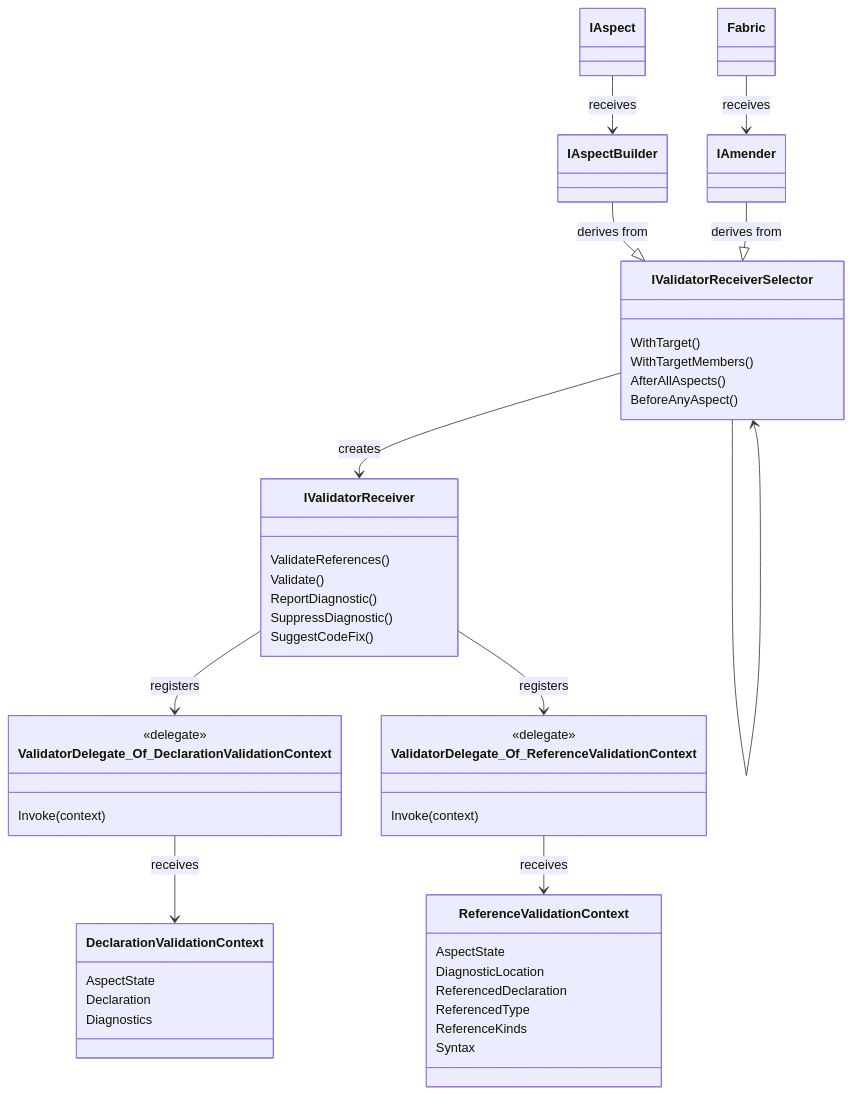
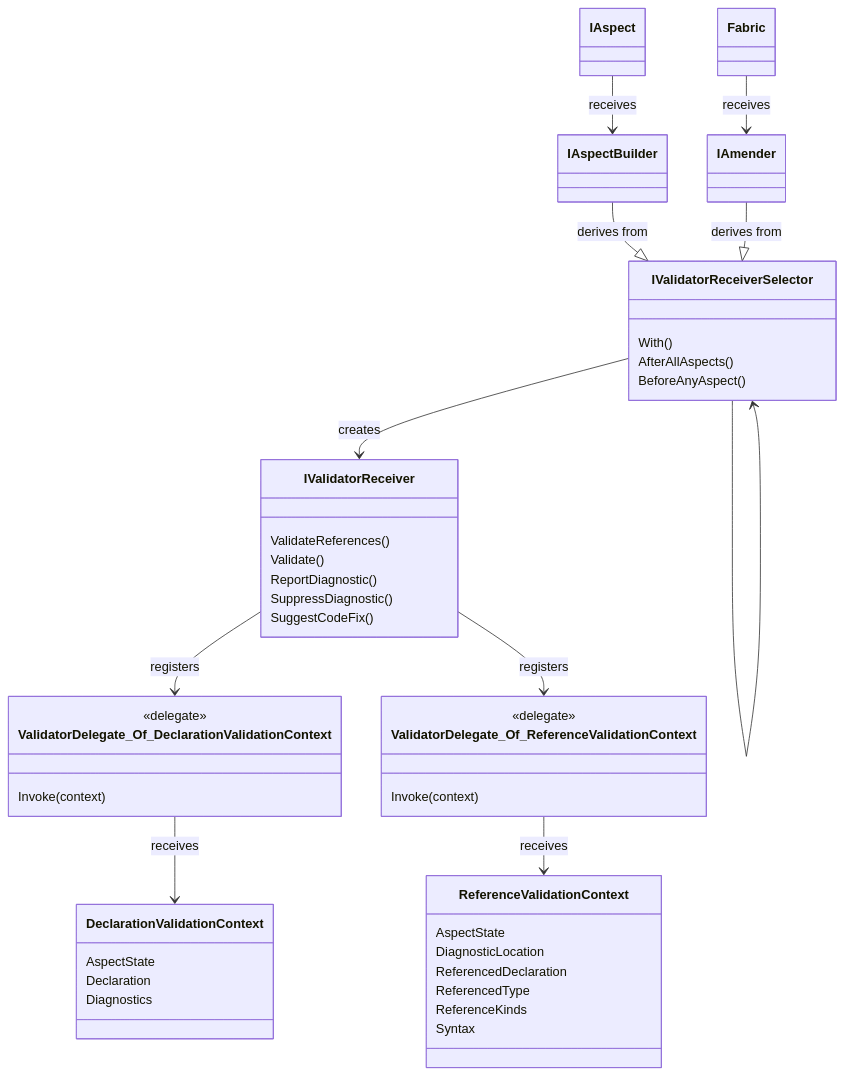
One commit to postsharp/Metalama.Documentation changed the diagram in docfx/namespaces/Metalama.Framework.Validation.md. Above: the diagram before and after it, drawn with Mermaid. The commit also changed other lines of this file and 34 other files, not shown here.

````diff
--- a/docfx/namespaces/Metalama.Framework.Validation.md
+++ b/docfx/namespaces/Metalama.Framework.Validation.md
@@ -30,59 +30,58 @@
 ```mermaid
 classDiagram
 
     class ValidatorDelegate_Of_DeclarationValidationContext{
         <<delegate>>
         Invoke(context)
     }
 
      class ValidatorDelegate_Of_ReferenceValidationContext{
         <<delegate>>
         Invoke(context)
     }
 
     class DeclarationValidationContext {
         AspectState
         Declaration
         Diagnostics
     }
 
     class ReferenceValidationContext {
         AspectState
         DiagnosticLocation
         ReferencedDeclaration
         ReferencedType
         ReferenceKinds
         Syntax
     }
 
     
     class IValidatorReceiver {
         ValidateReferences()
         Validate()
         ReportDiagnostic()
         SuppressDiagnostic()
         SuggestCodeFix()
     }
 
     IValidatorReceiver --> ValidatorDelegate_Of_DeclarationValidationContext : registers
     IValidatorReceiver --> ValidatorDelegate_Of_ReferenceValidationContext : registers
 
 ValidatorDelegate_Of_DeclarationValidationContext --> DeclarationValidationContext  : receives
     ValidatorDelegate_Of_ReferenceValidationContext --> ReferenceValidationContext : receives
 
     class IValidatorReceiverSelector {
-        WithTarget()
-        WithTargetMembers()
+        With()
         AfterAllAspects()
         BeforeAnyAspect()
     }
 
     IValidatorReceiverSelector --> IValidatorReceiver : creates
     IValidatorReceiverSelector --> IValidatorReceiverSelector
 
     IAspectBuilder --|> IValidatorReceiverSelector : derives from
     IAmender --|> IValidatorReceiverSelector : derives from
     IAspect --> IAspectBuilder : receives
     Fabric --> IAmender : receives
 
 ```
````
